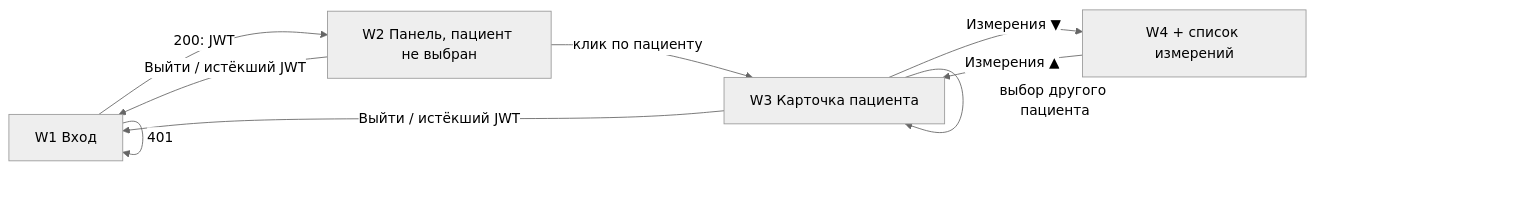
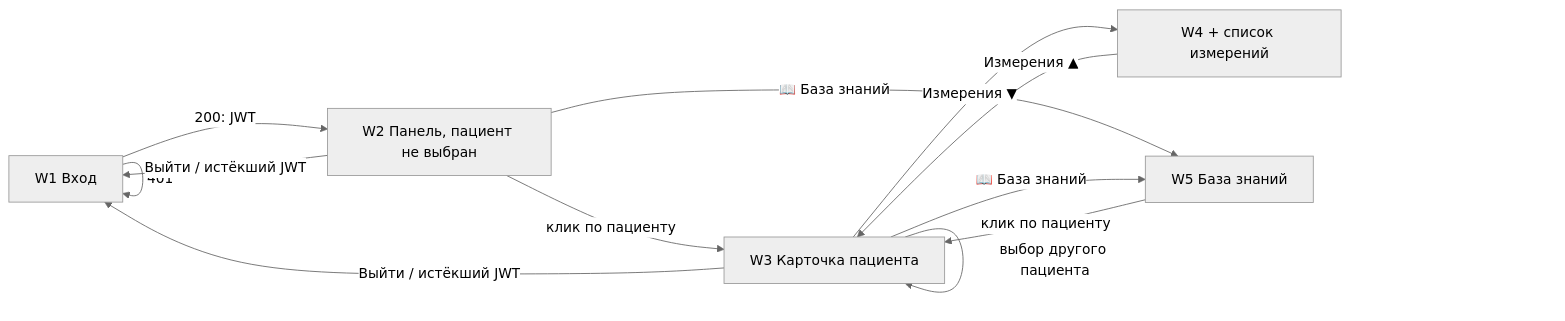
The diagram in wireframes/WIREFRAMES.md (andrejmaznin/AppDevProject), drawn with Mermaid (neutral theme) before and after one commit. The commit also changed other lines of this file and 16 other files, not shown here.

````diff
--- a/wireframes/WIREFRAMES.md
+++ b/wireframes/WIREFRAMES.md
@@ -18,10 +19,12 @@
 ```mermaid
 flowchart LR
     W1["W1 Вход"] -->|"200: JWT"| W2["W2 Панель, пациент не выбран"]
     W1 -->|"401"| W1
     W2 -->|"клик по пациенту"| W3["W3 Карточка пациента"]
     W3 -->|"Измерения ▼"| W4["W4 + список измерений"]
     W4 -->|"Измерения ▲"| W3
     W3 -->|"выбор другого пациента"| W3
+    W2 & W3 -->|"📖 База знаний"| W5["W5 База знаний"]
+    W5 -->|"клик по пациенту"| W3
     W2 & W3 -->|"Выйти / истёкший JWT"| W1
 ```
````
